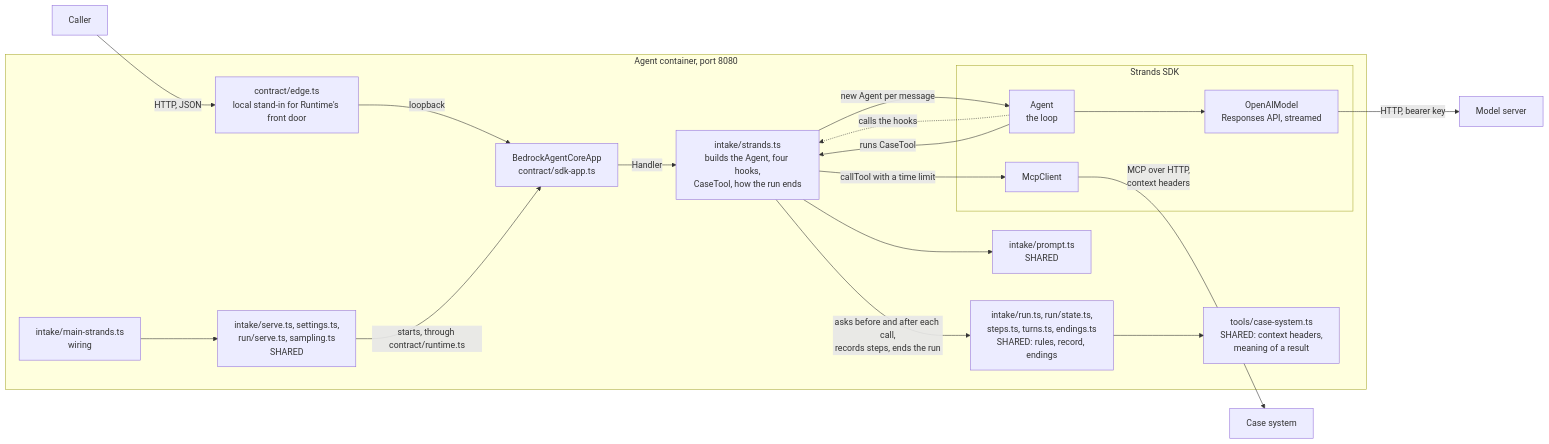
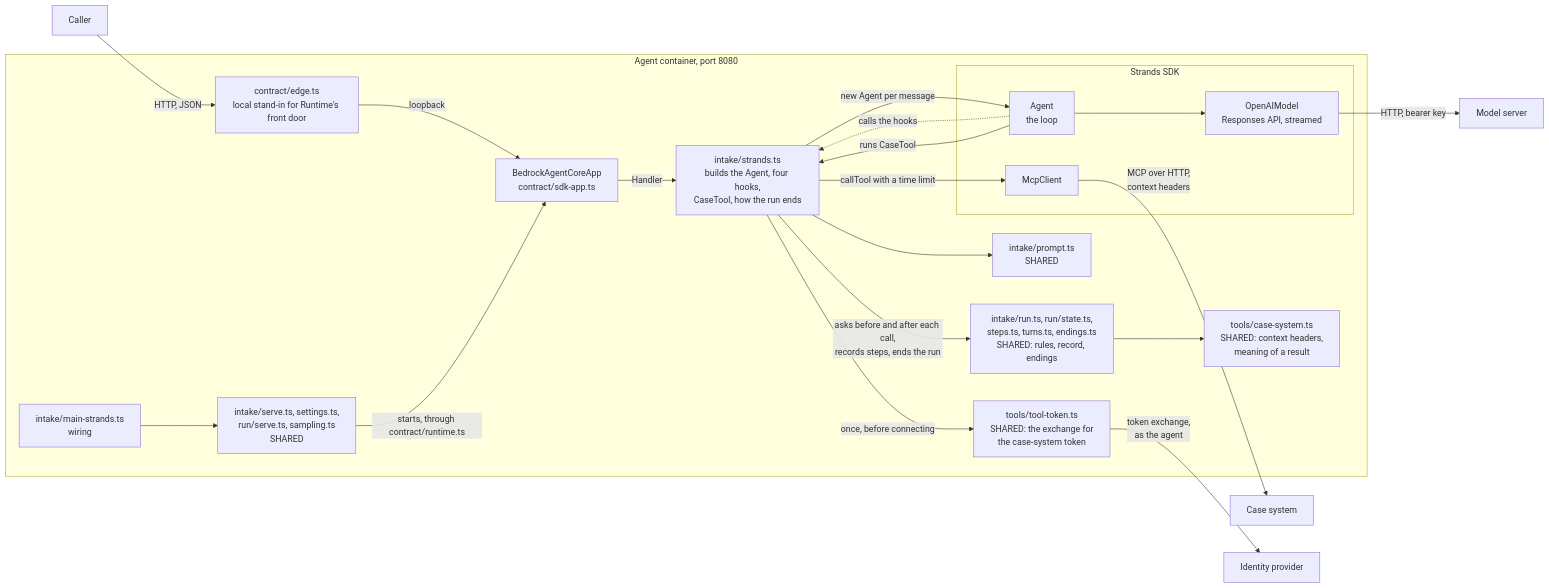
Before and after one commit to AndrewPHunter/ai-on-aws: the first of 2 diagrams in docs/architecture/intake-agent-strands.md, drawn with Mermaid. The commit also changed other lines of this file and 19 other files, not shown here.

First line of the commit message:
Identity: the agents exchange the token they are called with for one meant for their tool server

````diff
--- a/docs/architecture/intake-agent-strands.md
+++ b/docs/architecture/intake-agent-strands.md
@@ -29,39 +30,43 @@
 ```mermaid
 flowchart LR
     Caller["Caller"]
 
     subgraph Agent["Agent container, port 8080"]
         Main["intake/main-strands.ts<br/>wiring"]
         Serve["intake/serve.ts, settings.ts,<br/>run/serve.ts, sampling.ts<br/>SHARED"]
         Edge["contract/edge.ts<br/>local stand-in for Runtime's front door"]
         Server["BedrockAgentCoreApp<br/>contract/sdk-app.ts"]
         Ours["intake/strands.ts<br/>builds the Agent, four hooks,<br/>CaseTool, how the run ends"]
         Run["intake/run.ts, run/state.ts,<br/>steps.ts, turns.ts, endings.ts<br/>SHARED: rules, record, endings"]
         Prompt["intake/prompt.ts<br/>SHARED"]
         CaseFns["tools/case-system.ts<br/>SHARED: context headers,<br/>meaning of a result"]
+        Exchange["tools/tool-token.ts<br/>SHARED: the exchange for<br/>the case-system token"]
         subgraph SDK["Strands SDK"]
             Loop["Agent<br/>the loop"]
             OAI["OpenAIModel<br/>Responses API, streamed"]
             MCP["McpClient"]
         end
     end
 
     Model["Model server"]
     Cases["Case system"]
+    Identity["Identity provider"]
 
     Caller -->|"HTTP, JSON"| Edge
     Edge -->|"loopback"| Server
     Main --> Serve
     Serve -->|"starts, through contract/runtime.ts"| Server
     Server -->|"Handler"| Ours
     Ours -->|"new Agent per message"| Loop
+    Ours -->|"once, before connecting"| Exchange
+    Exchange -->|"token exchange,<br/>as the agent"| Identity
     Ours --> Prompt
     Loop -. "calls the hooks" .-> Ours
     Ours -->|"asks before and after each call,<br/>records steps, ends the run"| Run
     Run --> CaseFns
     Loop --> OAI
     Loop -->|"runs CaseTool"| Ours
     Ours -->|"callTool with a time limit"| MCP
     OAI -->|"HTTP, bearer key"| Model
     MCP -->|"MCP over HTTP,<br/>context headers"| Cases
 ```
````
